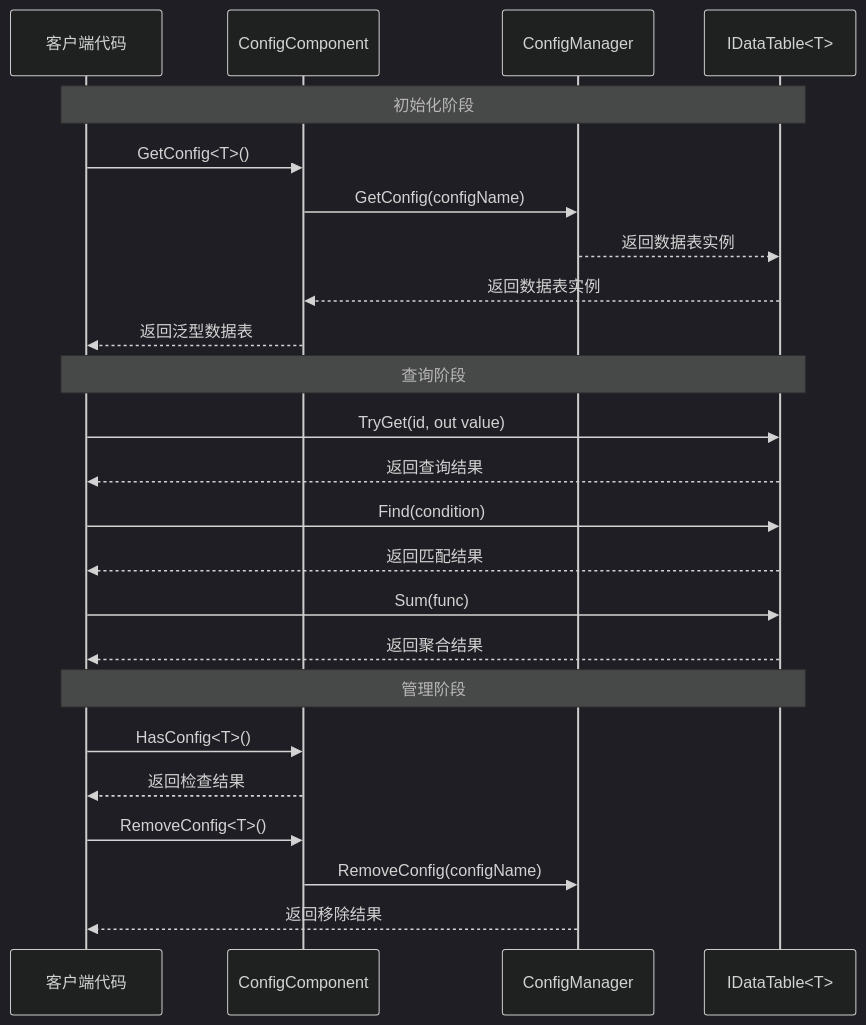
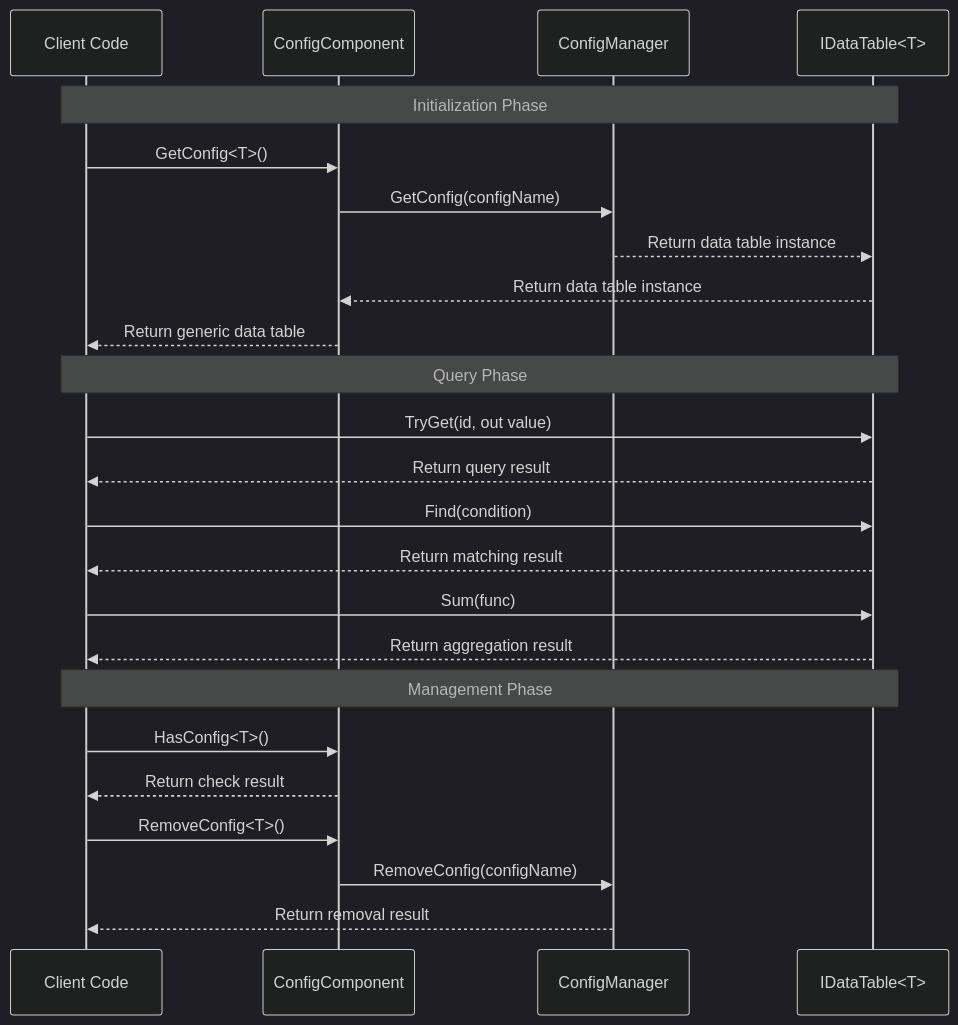
The second of 2 diagrams in docs/en/client/unity/component/config/06.interfaces.md (AlianBlank/GameFrameX.Docs), drawn with Mermaid (dark theme) before and after one commit. The commit also changed other lines of this file and 242 other files, not shown here.

````diff
--- a/docs/en/client/unity/component/config/06.interfaces.md
+++ b/docs/en/client/unity/component/config/06.interfaces.md
@@ -412,32 +412,32 @@
 ```mermaid
 sequenceDiagram
-    participant Client as 客户端代码
+    participant Client as Client Code
     participant ConfigComp as ConfigComponent
     participant ConfigMgr as ConfigManager
     participant DataTable as IDataTable<T>
 
-    Note over Client,DataTable: 初始化阶段
+    Note over Client,DataTable: Initialization Phase
     Client->>ConfigComp: GetConfig<T>()
     ConfigComp->>ConfigMgr: GetConfig(configName)
-    ConfigMgr-->>DataTable: 返回数据表实例
-    DataTable-->>ConfigComp: 返回数据表实例
-    ConfigComp-->>Client: 返回泛型数据表
+    ConfigMgr-->>DataTable: Return data table instance
+    DataTable-->>ConfigComp: Return data table instance
+    ConfigComp-->>Client: Return generic data table
 
-    Note over Client,DataTable: 查询阶段
+    Note over Client,DataTable: Query Phase
     Client->>DataTable: TryGet(id, out value)
-    DataTable-->>Client: 返回查询结果
-    
+    DataTable-->>Client: Return query result
+
     Client->>DataTable: Find(condition)
-    DataTable-->>Client: 返回匹配结果
-    
+    DataTable-->>Client: Return matching result
+
     Client->>DataTable: Sum(func)
-    DataTable-->>Client: 返回聚合结果
+    DataTable-->>Client: Return aggregation result
 
-    Note over Client,DataTable: 管理阶段
+    Note over Client,DataTable: Management Phase
     Client->>ConfigComp: HasConfig<T>()
-    ConfigComp-->>Client: 返回检查结果
-    
+    ConfigComp-->>Client: Return check result
+
     Client->>ConfigComp: RemoveConfig<T>()
     ConfigComp->>ConfigMgr: RemoveConfig(configName)
-    ConfigMgr-->>Client: 返回移除结果
+    ConfigMgr-->>Client: Return removal result
 ```
````
